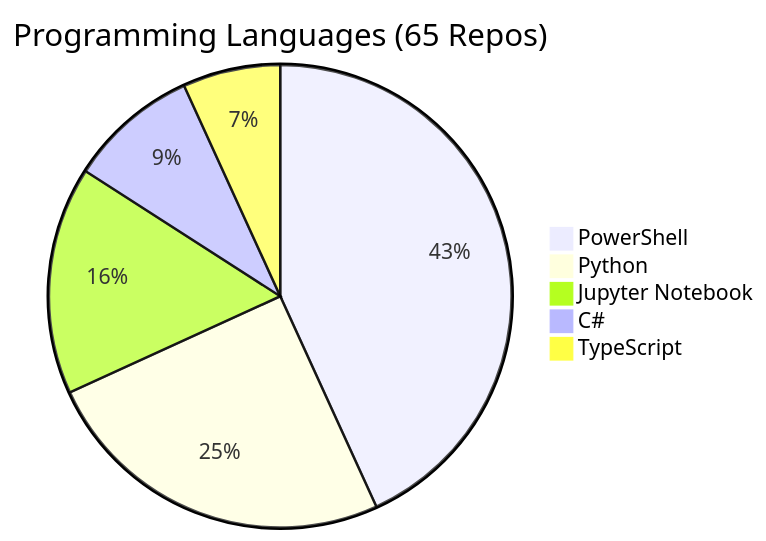
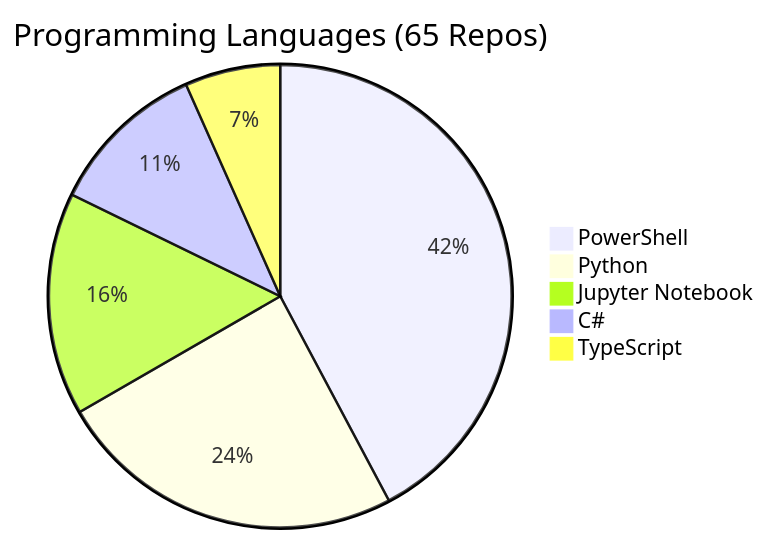
One commit to fabioc-aloha/fabioc-aloha changed the diagram in REPOS.md. Above: the diagram before and after it, drawn with Mermaid. The commit also changed other lines of this file and 1 other file, not shown here.

````diff
--- a/REPOS.md
+++ b/REPOS.md
@@ -108,8 +108,8 @@
 ```mermaid
 pie title Programming Languages (65 Repos)
     "PowerShell" : 19
     "Python" : 11
     "Jupyter Notebook" : 7
-    "C#" : 4
+    "C#" : 5
     "TypeScript" : 3
 ```
````
